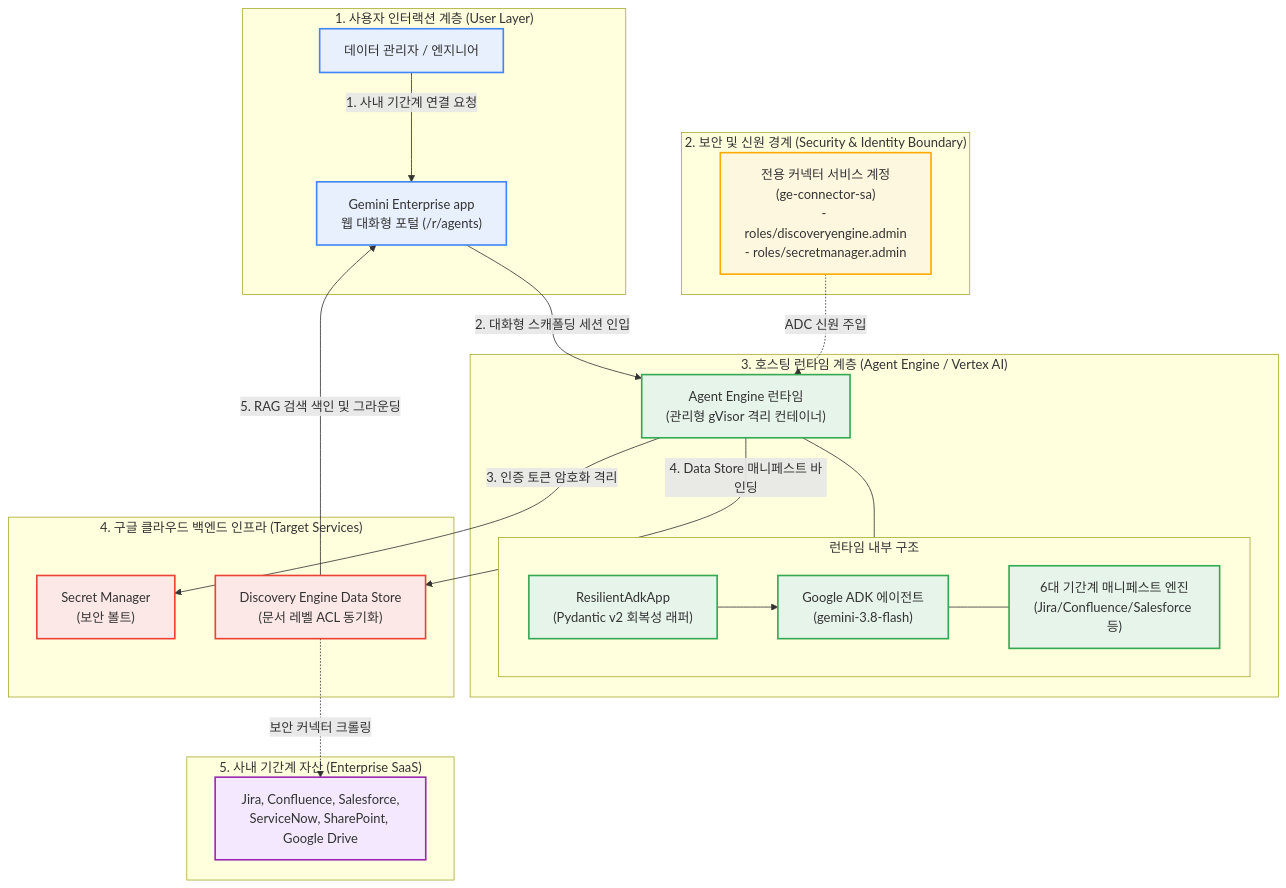
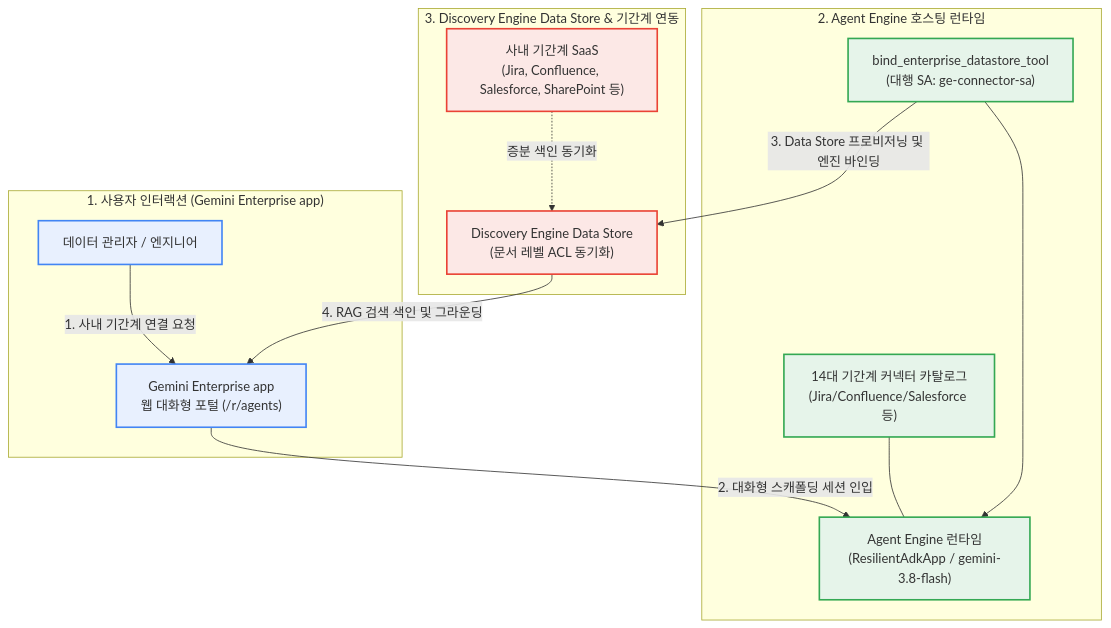
One commit to jiangjun-forge/google-cloud-0-to-1 changed the diagram in samples/gemini-enterprise-factory-connector/README.md. Above: the diagram before and after it, drawn with Mermaid. The commit also changed other lines of this file and 39 other files, not shown here.

````diff
--- a/samples/gemini-enterprise-factory-connector/README.md
+++ b/samples/gemini-enterprise-factory-connector/README.md
@@ -116,47 +115,26 @@
 ```mermaid
 flowchart TB
-    subgraph Client["1. 사용자 인터랙션 계층 (User Layer)"]
+    subgraph Client["1. 사용자 인터랙션 (Gemini Enterprise app)"]
         DataAdmin["데이터 관리자 / 엔지니어"] -->|"1. 사내 기간계 연결 요청"| GEApp["Gemini Enterprise app<br/>웹 대화형 포털 (/r/agents)"]
     end
 
-    subgraph Security["2. 보안 및 신원 경계 (Security & Identity Boundary)"]
-        SA["전용 커넥터 서비스 계정<br/>(ge-connector-sa)<br/>- roles/discoveryengine.admin<br/>- roles/secretmanager.admin"]
+    subgraph Runtime["2. Agent Engine 호스팅 런타임"]
+        GEApp -->|"2. 대화형 스캐폴딩 세션 인입"| Engine["Agent Engine 런타임<br/>(ResilientAdkApp / gemini-3.8-flash)"]
+        Templates["14대 기간계 커넥터 카탈로그<br/>(Jira/Confluence/Salesforce 등)"] --- Engine
+        Tools["bind_enterprise_datastore_tool<br/>(대행 SA: ge-connector-sa)"] --> Engine
     end
 
-    subgraph Runtime["3. 호스팅 런타임 계층 (Agent Engine / Vertex AI)"]
-        GEApp -->|"2. 대화형 스캐폴딩 세션 인입"| Engine["Agent Engine 런타임<br/>(관리형 gVisor 격리 컨테이너)"]
-        
-        subgraph InsideEngine["런타임 내부 구조"]
-            Wrapper["ResilientAdkApp<br/>(Pydantic v2 회복성 래퍼)"]
-            ADK["Google ADK 에이전트<br/>(gemini-3.8-flash)"]
-            Templates["6대 기간계 매니페스트 엔진<br/>(Jira/Confluence/Salesforce 등)"]
-            Wrapper --> ADK --- Templates
-        end
-        Engine --- InsideEngine
+    subgraph Backend["3. Discovery Engine Data Store & 기간계 연동"]
+        Tools -->|"3. Data Store 프로비저닝 및 엔진 바인딩"| DiscEng["Discovery Engine Data Store<br/>(문서 레벨 ACL 동기화)"]
+        SaaSAssets["사내 기간계 SaaS<br/>(Jira, Confluence, Salesforce, SharePoint 등)"] -.->|"증분 색인 동기화"| DiscEng
+        DiscEng -->|"4. RAG 검색 색인 및 그라운딩"| GEApp
     end
 
-    subgraph Backend["4. 구글 클라우드 백엔드 인프라 (Target Services)"]
-        Engine -->|"3. 인증 토큰 암호화 격리"| SM["Secret Manager<br/>(보안 볼트)"]
-        Engine -->|"4. Data Store 매니페스트 바인딩"| DiscEng["Discovery Engine Data Store<br/>(문서 레벨 ACL 동기화)"]
-        DiscEng -->|"5. RAG 검색 색인 및 그라운딩"| GEApp
-    end
-
-    subgraph SaaS["5. 사내 기간계 자산 (Enterprise SaaS)"]
-        SaaSAssets["Jira, Confluence, Salesforce,<br/>ServiceNow, SharePoint, Google Drive"]
-        DiscEng -.->|"보안 커넥터 크롤링"| SaaSAssets
-    end
-
-    SA -.->|"ADC 신원 주입"| Engine
-
     classDef portal fill:#e8f0fe,stroke:#4285f4,stroke-width:2px;
-    classDef security fill:#fef7e0,stroke:#f9ab00,stroke-width:2px;
     classDef runtime fill:#e6f4ea,stroke:#34a853,stroke-width:2px;
     classDef backend fill:#fce8e6,stroke:#ea4335,stroke-width:2px;
-    classDef saas fill:#f3e8fd,stroke:#9c27b0,stroke-width:2px;
 
     class DataAdmin,GEApp portal;
-    class SA security;
-    class Engine,Wrapper,ADK,Templates runtime;
-    class SM,DiscEng backend;
-    class SaaSAssets saas;
+    class Engine,Templates,Tools runtime;
+    class DiscEng,SaaSAssets backend;
 ```
````
